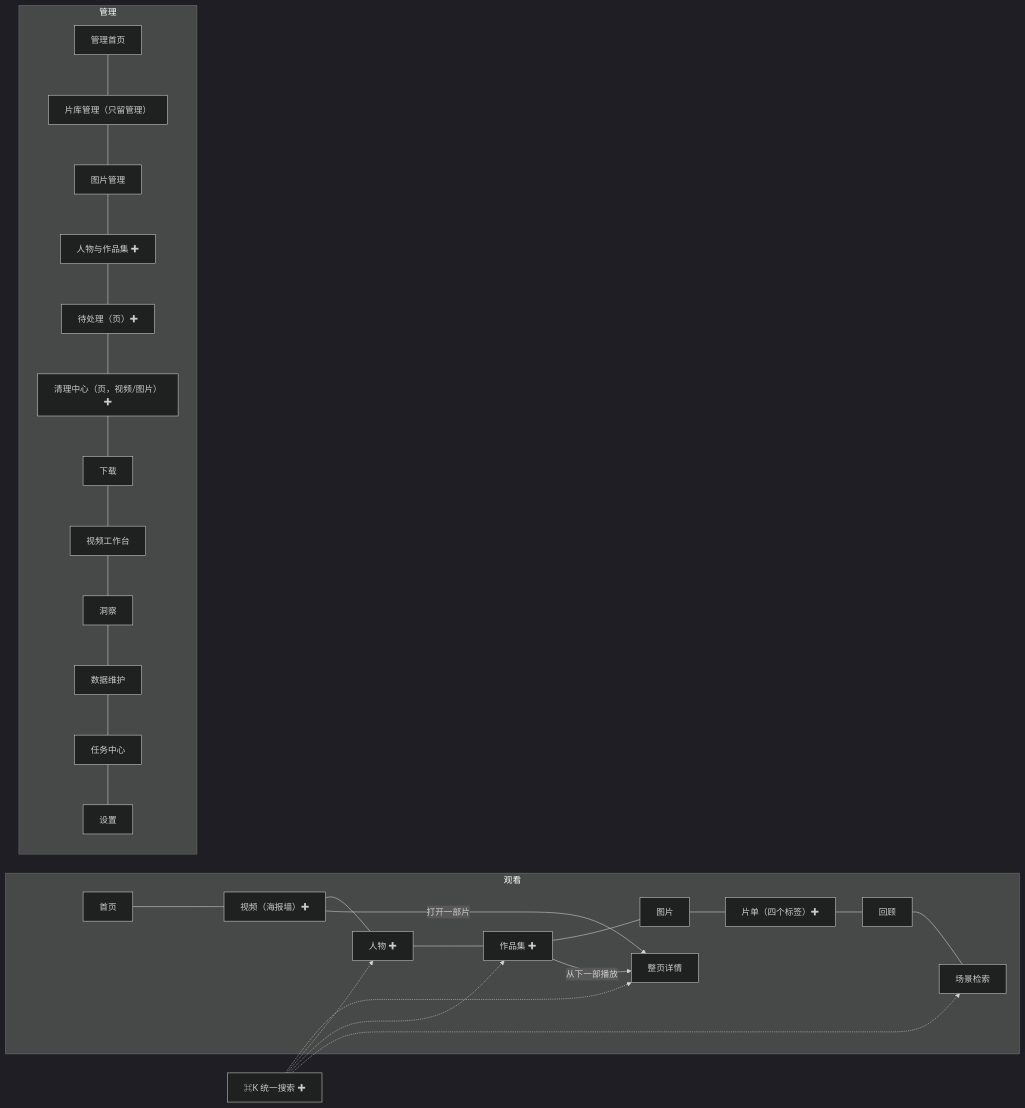
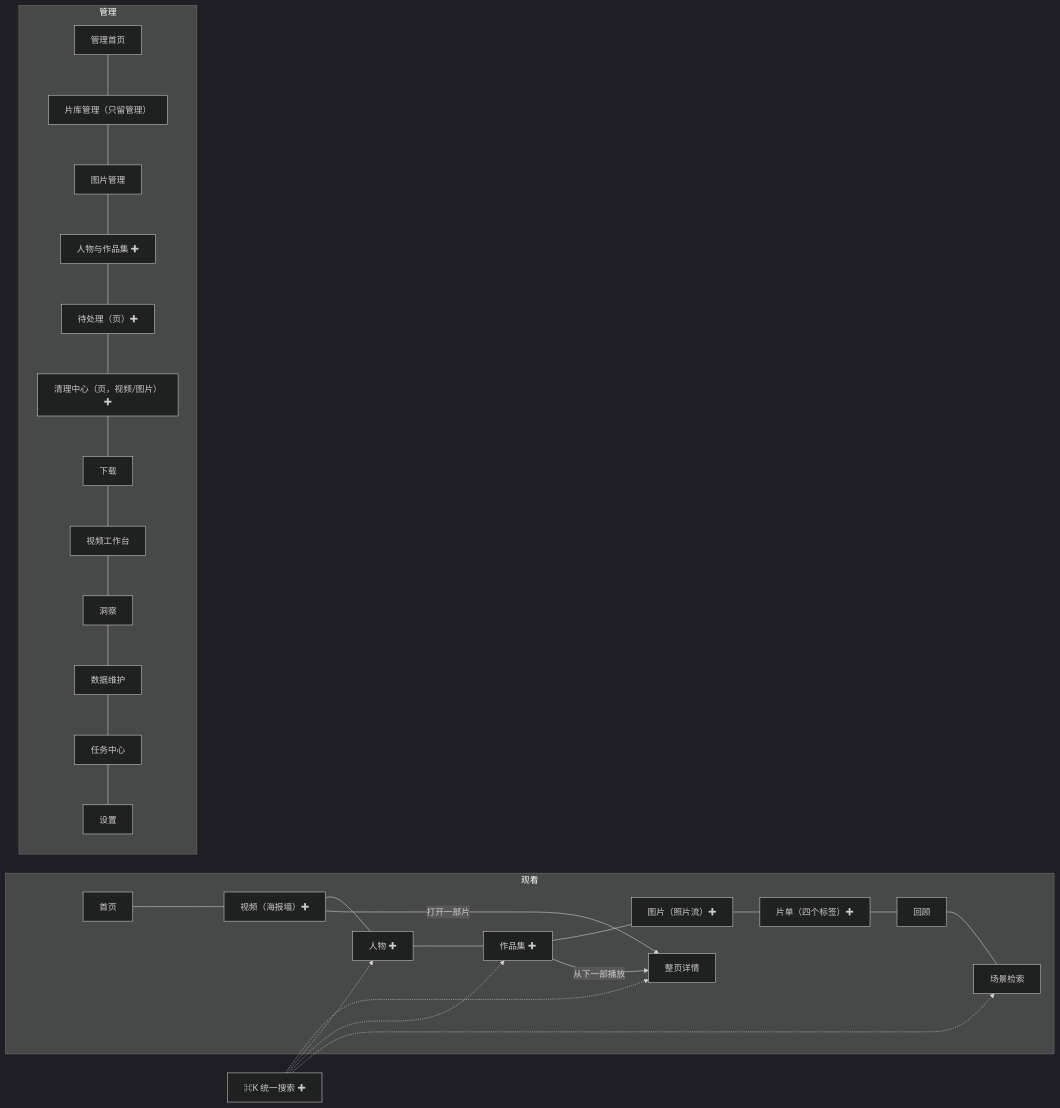
The diagram in docs/loopx/design/2026-10-13-ui-phase-2-3/概要设计.md (hugh-zhan9/CineInsight), drawn with Mermaid (dark theme) before and after one commit. The commit also changed other lines of this file and 1 other file, not shown here.

````diff
--- a/docs/loopx/design/2026-10-13-ui-phase-2-3/概要设计.md
+++ b/docs/loopx/design/2026-10-13-ui-phase-2-3/概要设计.md
@@ -33,16 +34,16 @@
 ```mermaid
 flowchart LR
   subgraph 观看
-    H[首页] --- V["视频（海报墙）✚"] --- P["人物 ✚"] --- C["作品集 ✚"] --- I[图片] --- L["片单（四个标签）✚"] --- R[回顾] --- S[场景检索]
+    H[首页] --- V["视频（海报墙）✚"] --- P["人物 ✚"] --- C["作品集 ✚"] --- I["图片（照片流）✚"] --- L["片单（四个标签）✚"] --- R[回顾] --- S[场景检索]
     D[整页详情]
   end
   subgraph 管理
     M[管理首页] --- LM["片库管理（只留管理）"] --- IM[图片管理] --- PM["人物与作品集 ✚"] --- W["待处理（页）✚"] --- CL["清理中心（页，视频/图片）✚"] --- DL[下载] --- WB[视频工作台] --- IN[洞察] --- DC[数据维护] --- T[任务中心] --- ST[设置]
   end
   K["⌘K 统一搜索 ✚"] -.-> D
   K -.-> P
   K -.-> C
   K -.-> S
   V -->|打开一部片| D
   C -->|从下一部播放| D
 ```
````
